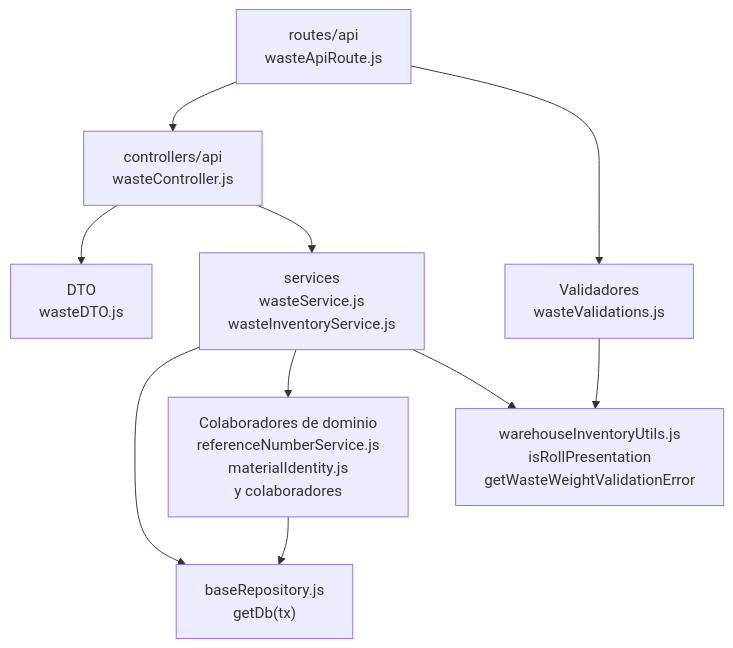
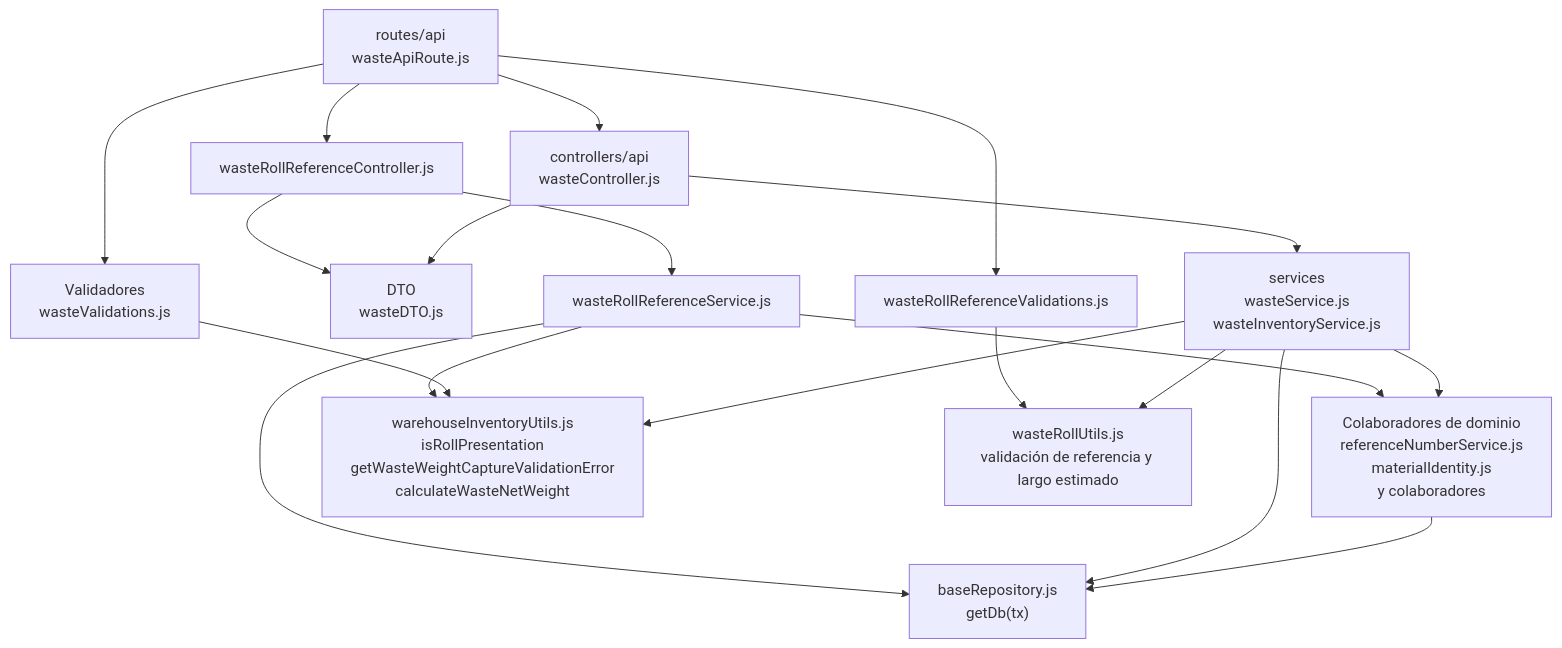
Before and after one commit to gpgsistemas01/nexus: the diagram in docs/architecture/views/development/backend-technical-documentation/11-wastes-code.md, drawn with Mermaid. The commit also changed other lines of this file and 87 other files, not shown here.

Commit message:
Capture waste roll weights and supplier references with stock-aware identity

````diff
--- a/docs/architecture/views/development/backend-technical-documentation/11-wastes-code.md
+++ b/docs/architecture/views/development/backend-technical-documentation/11-wastes-code.md
@@ -7,20 +7,33 @@
 ```mermaid
 flowchart TB
     R["routes/api<br/>wasteApiRoute.js"]
     C["controllers/api<br/>wasteController.js"]
     S["services<br/>wasteService.js<br/>wasteInventoryService.js"]
     D["DTO<br/>wasteDTO.js"]
     X["Colaboradores de dominio<br/>referenceNumberService.js<br/>materialIdentity.js<br/>y colaboradores"]
     V["Validadores<br/>wasteValidations.js"]
     P["baseRepository.js<br/>getDb(tx)"]
-    PresentationRule["warehouseInventoryUtils.js<br/>isRollPresentation<br/>getWasteWeightValidationError"]
+    PresentationRule["warehouseInventoryUtils.js<br/>isRollPresentation<br/>getWasteWeightCaptureValidationError<br/>calculateWasteNetWeight"]
+    RC["wasteRollReferenceController.js"]
+    RS["wasteRollReferenceService.js"]
+    RV["wasteRollReferenceValidations.js"]
+    Roll["wasteRollUtils.js<br/>validación de referencia y largo estimado"]
+    R --> RC
+    R --> RV
+    RC --> D
+    RC --> RS
+    RS --> P
+    RS --> PresentationRule
+    RS --> X
+    RV --> Roll
+    S --> Roll
     C --> D
     C --> S
     R --> C
     R --> V
     S --> P
     S --> X
     V --> PresentationRule
     S --> PresentationRule
     X --> P
 ```
````
